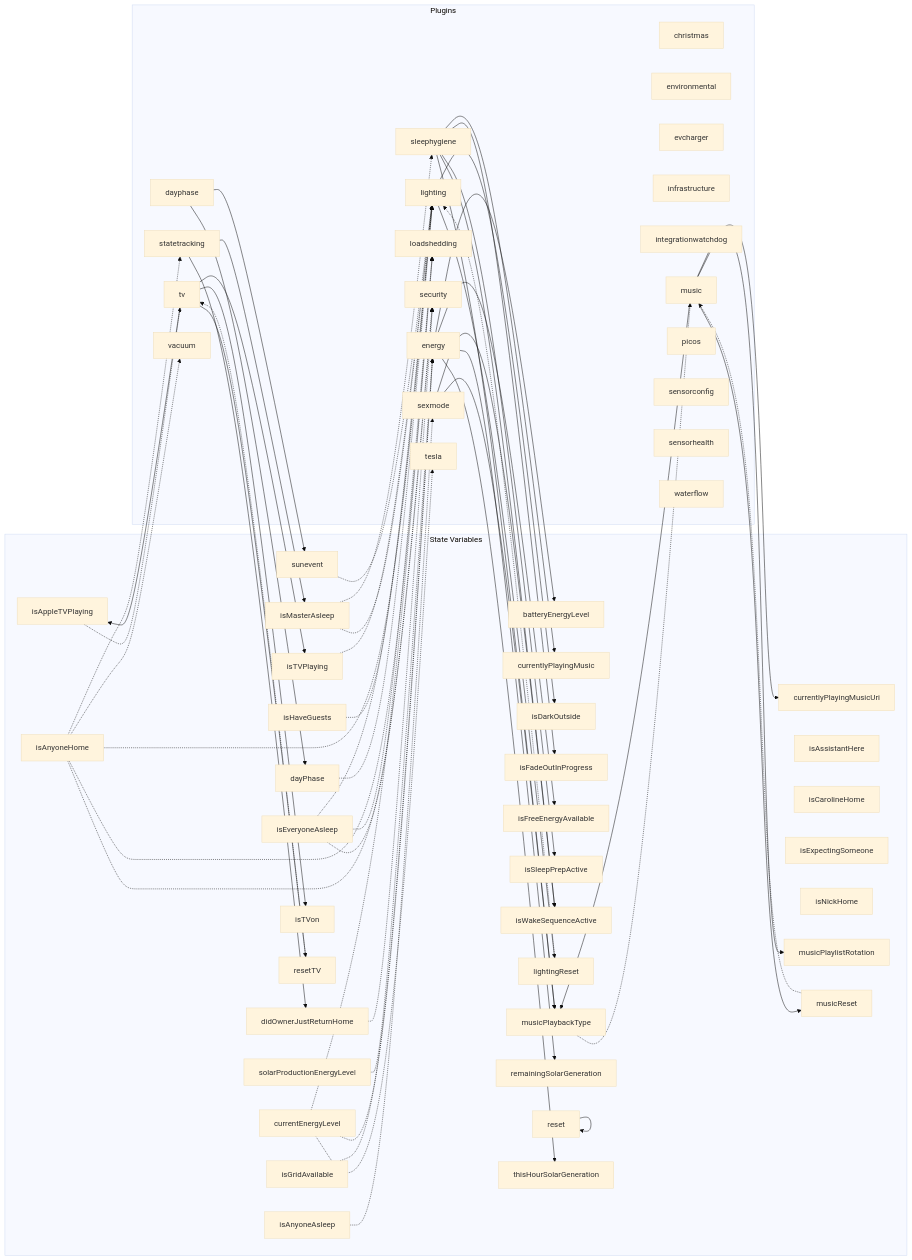
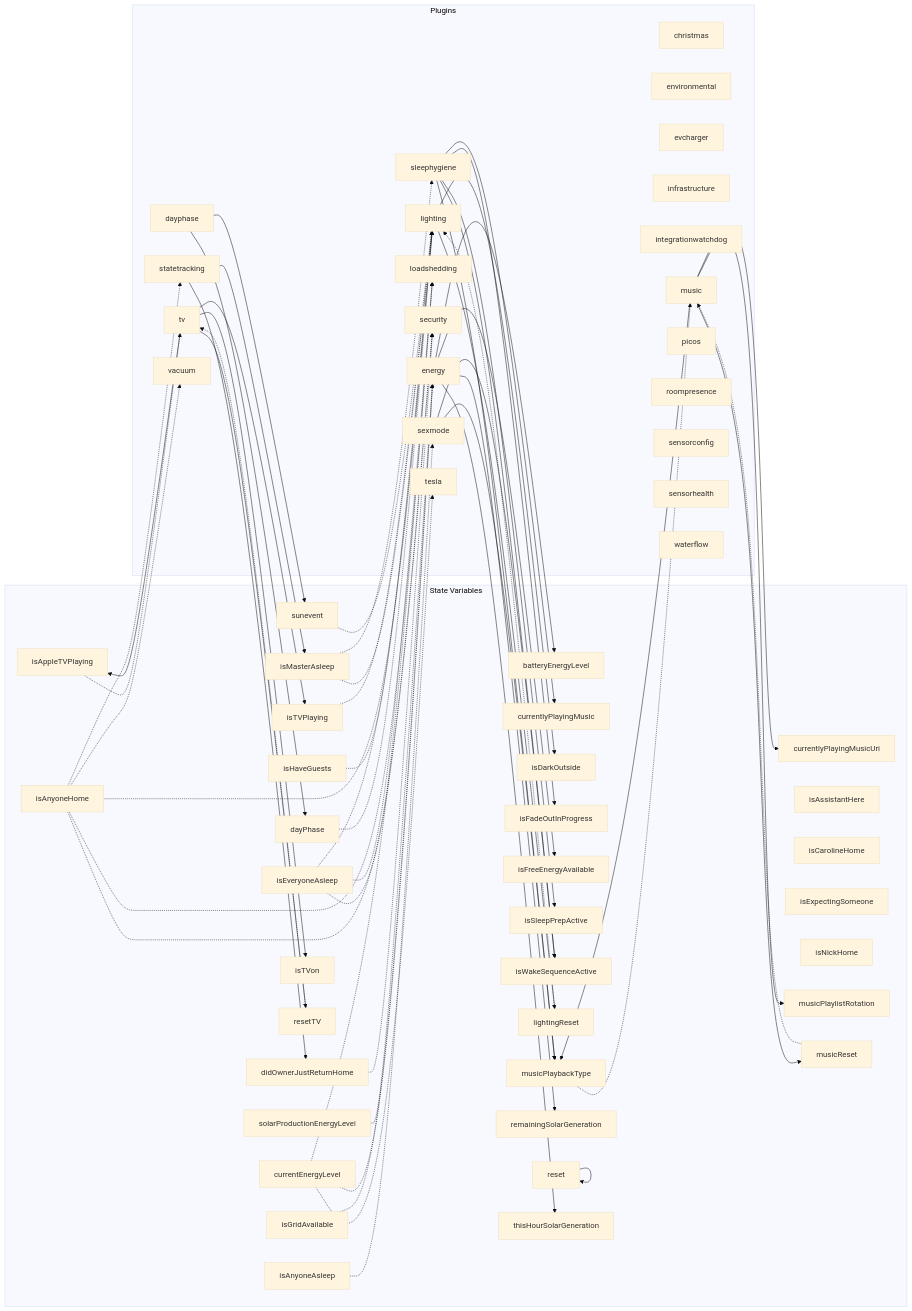
The diagram in docs/generated/plugin-dependencies.md (NickBorgers/home-automation), drawn with Mermaid (base theme) before and after one commit. The commit also changed 25 other files, not shown here.

```diff
--- a/docs/generated/plugin-dependencies.md
+++ b/docs/generated/plugin-dependencies.md
@@ -54,6 +54,7 @@
         music["music"]
         picos["picos"]
         reset["reset"]
+        roompresence["roompresence"]
         security["security"]
         sensorconfig["sensorconfig"]
         sensorhealth["sensorhealth"]
```
